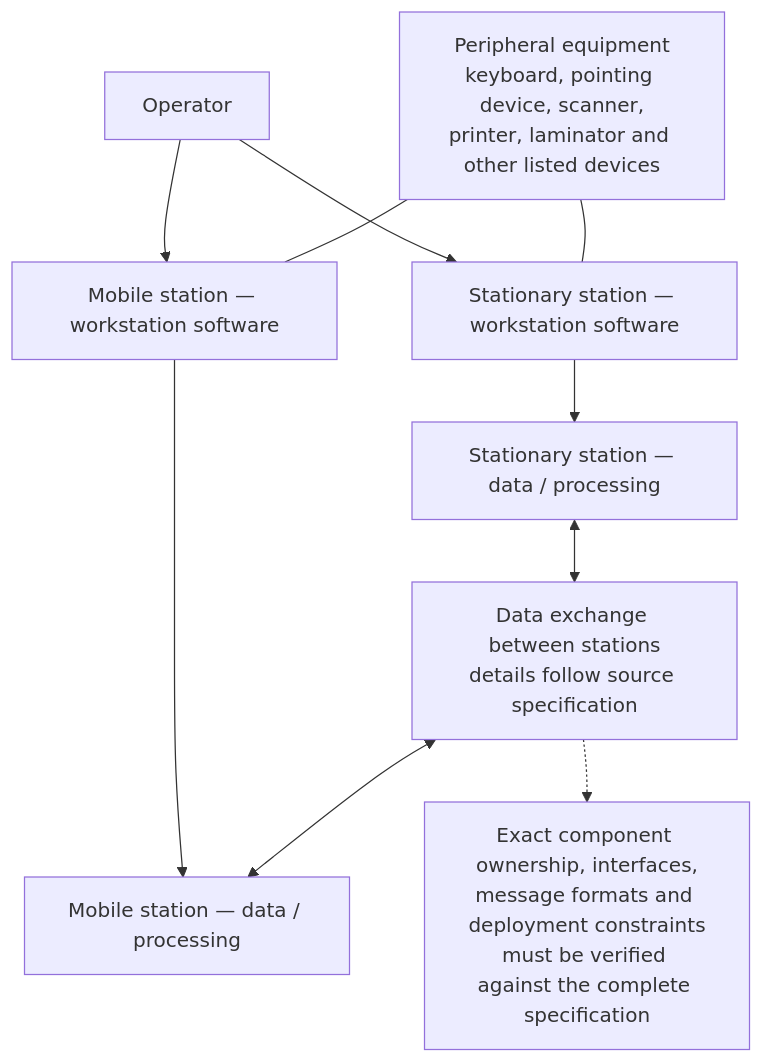
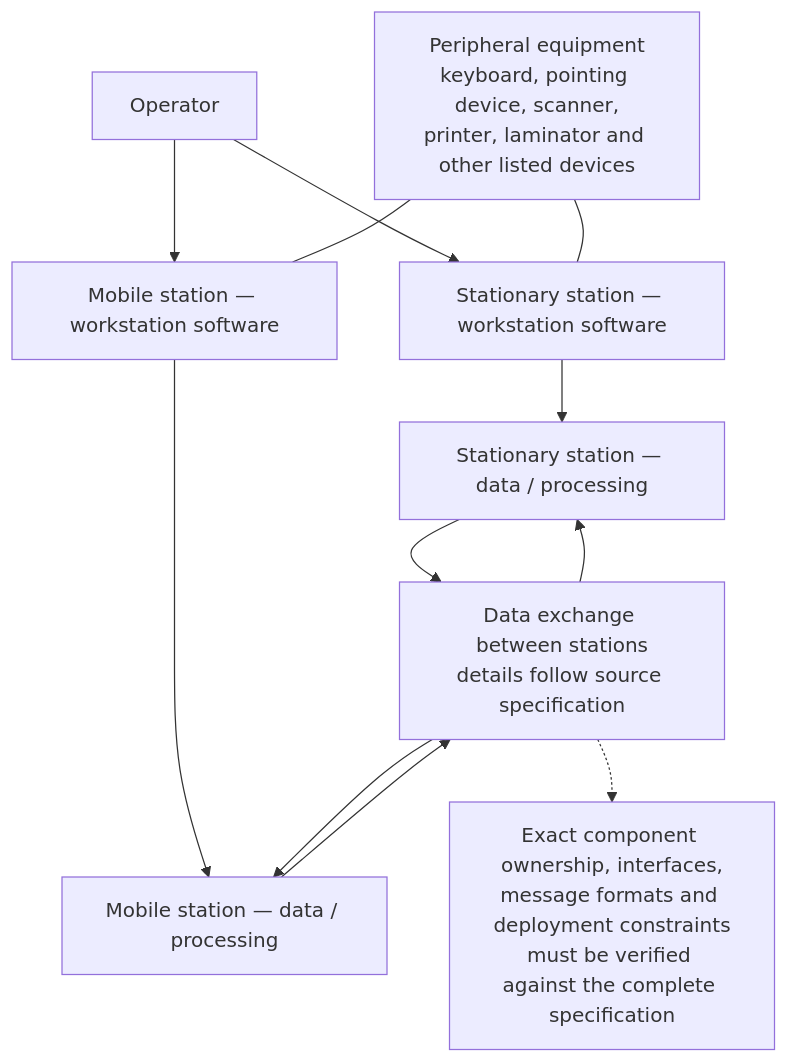
The seventh of 10 diagrams in materials/architecture/README.md (ekatmoz88-alt/territory-descriptor-unified), drawn with Mermaid before and after one commit. The commit also changed other lines of this file, not shown here.

````diff
--- a/materials/architecture/README.md
+++ b/materials/architecture/README.md
@@ -188,20 +189,22 @@
 ```mermaid
 flowchart TB
   OP["Operator"]
   STUI["Stationary station — workstation software"]
   STDATA["Stationary station — data / processing"]
   MOBUI["Mobile station — workstation software"]
   MOBDATA["Mobile station — data / processing"]
   EXCHANGE["Data exchange between stations<br/>details follow source specification"]
   HW["Peripheral equipment<br/>keyboard, pointing device, scanner,<br/>printer, laminator and other listed devices"]
   UNK["Exact component ownership, interfaces,<br/>message formats and deployment constraints<br/>must be verified against the complete specification"]
   OP --> STUI
   OP --> MOBUI
   STUI --> STDATA
   MOBUI --> MOBDATA
-  STDATA <--> EXCHANGE
-  EXCHANGE <--> MOBDATA
+  STDATA --> EXCHANGE
+  EXCHANGE --> STDATA
+  EXCHANGE --> MOBDATA
+  MOBDATA --> EXCHANGE
   HW --- STUI
   HW --- MOBUI
   EXCHANGE -.-> UNK
 ```
````
